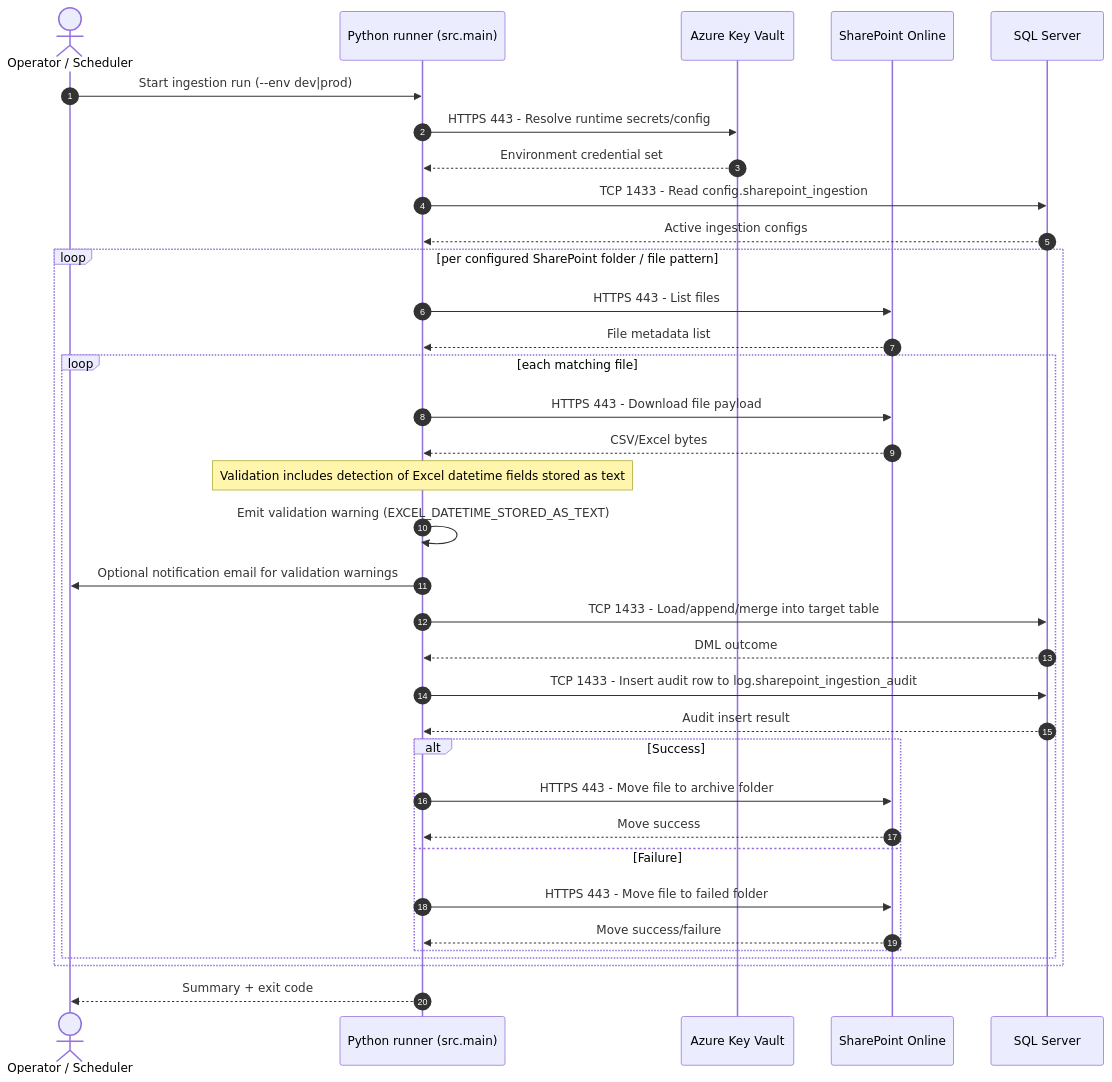
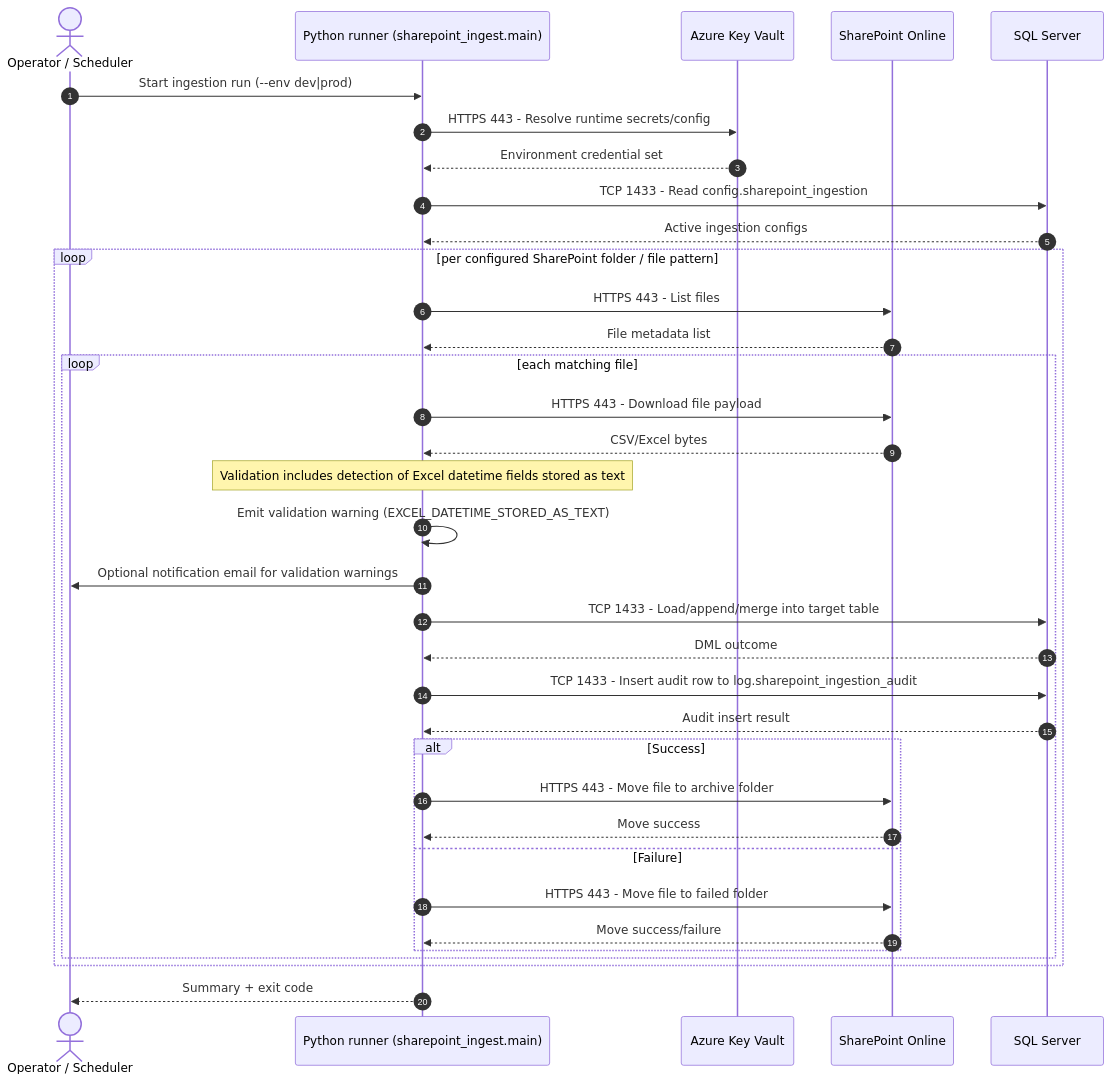
The second of 2 diagrams in docs/architecture/sharepoint_ingestion_sequence.md (nrc73/python_sharepoint_ingest), drawn with Mermaid before and after one commit. The commit also changed 52 other files, not shown here.

````diff
--- a/docs/architecture/sharepoint_ingestion_sequence.md
+++ b/docs/architecture/sharepoint_ingestion_sequence.md
@@ -39,47 +39,47 @@
 ```mermaid
 sequenceDiagram
     autonumber
     actor Ops as Operator / Scheduler
-    participant Py as Python runner (src.main)
+    participant Py as Python runner (sharepoint_ingest.main)
     participant AKV as Azure Key Vault
     participant SP as SharePoint Online
     participant SQL as SQL Server
 
     Ops->>Py: Start ingestion run (--env dev|prod)
 
     Py->>AKV: HTTPS 443 - Resolve runtime secrets/config
     AKV-->>Py: Environment credential set
 
     Py->>SQL: TCP 1433 - Read config.sharepoint_ingestion
     SQL-->>Py: Active ingestion configs
 
     loop per configured SharePoint folder / file pattern
         Py->>SP: HTTPS 443 - List files
         SP-->>Py: File metadata list
 
         loop each matching file
             Py->>SP: HTTPS 443 - Download file payload
             SP-->>Py: CSV/Excel bytes
 
             Note over Py: Validation includes detection of Excel datetime fields stored as text
             Py->>Py: Emit validation warning (EXCEL_DATETIME_STORED_AS_TEXT)
             Py->>Ops: Optional notification email for validation warnings
 
             Py->>SQL: TCP 1433 - Load/append/merge into target table
             SQL-->>Py: DML outcome
 
             Py->>SQL: TCP 1433 - Insert audit row to log.sharepoint_ingestion_audit
             SQL-->>Py: Audit insert result
 
             alt Success
                 Py->>SP: HTTPS 443 - Move file to archive folder
                 SP-->>Py: Move success
             else Failure
                 Py->>SP: HTTPS 443 - Move file to failed folder
                 SP-->>Py: Move success/failure
             end
         end
     end
 
     Py-->>Ops: Summary + exit code
 ```
````
